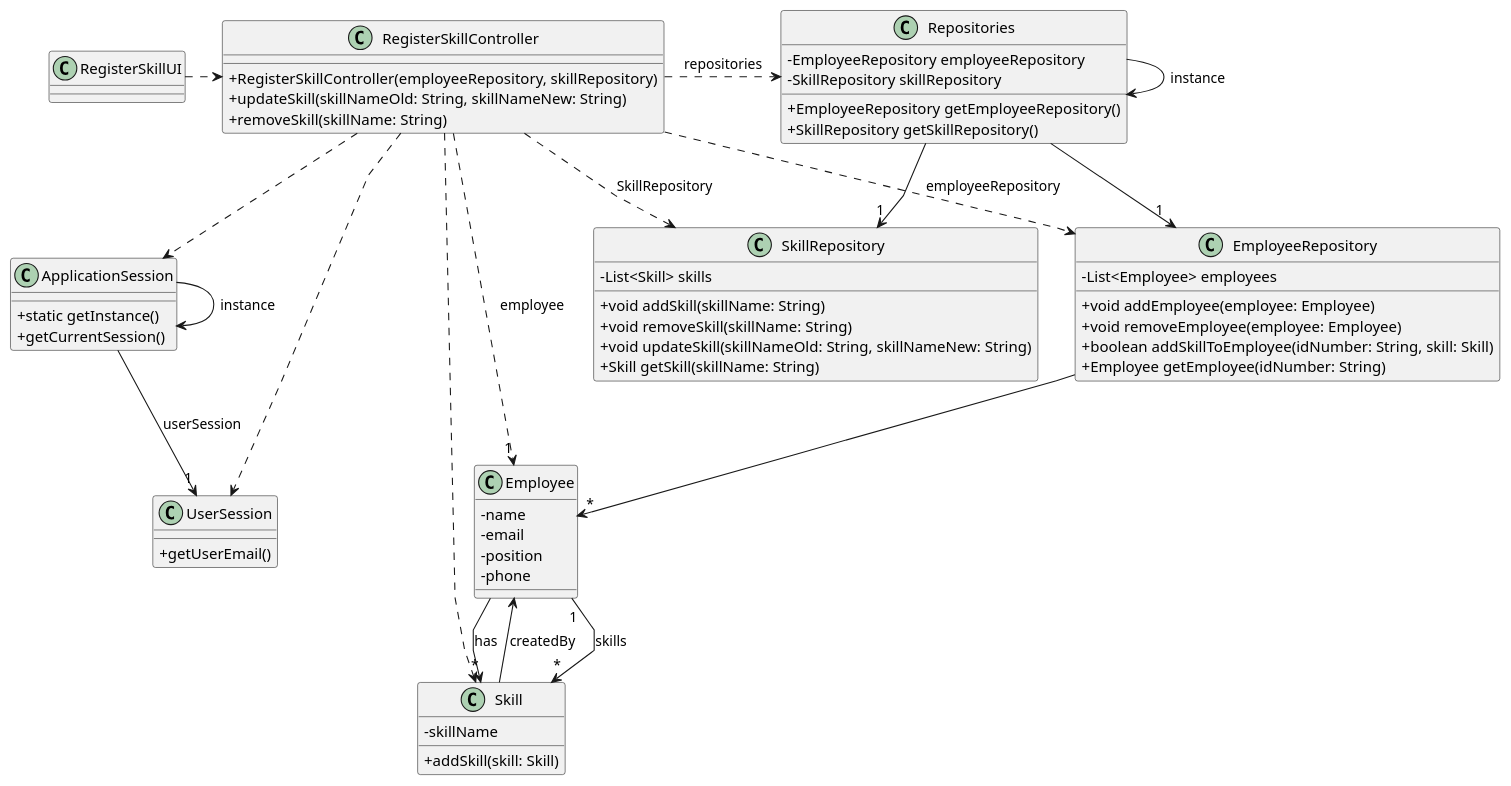
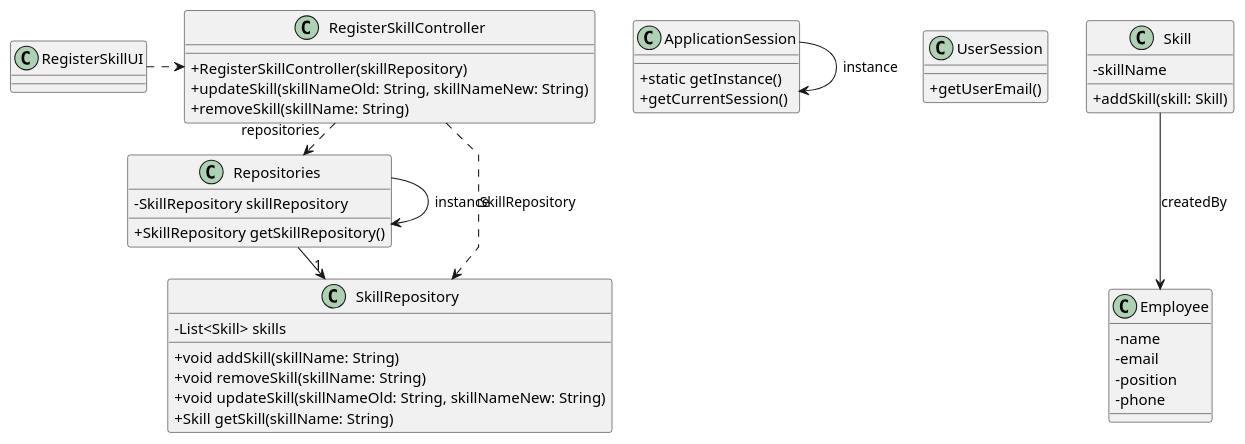
Before and after one commit to Departamento-de-Engenharia-Informatica/greenspace-management: the diagram in docs/sprintB/us001/03.design/puml/us001-class-diagram.puml, drawn with PlantUML. The commit also changed 2 other files, not shown here.

```diff
--- a/docs/sprintB/us001/03.design/puml/us001-class-diagram.puml
+++ b/docs/sprintB/us001/03.design/puml/us001-class-diagram.puml
@@ -1,103 +1,75 @@
 @startuml
 
 'skinparam monochrome true
 skinparam packageStyle rectangle
 skinparam shadowing false
 skinparam linetype polyline
 'skinparam linetype orto
 
 skinparam classAttributeIconSize 0
 
 'left to right direction
 
 class ApplicationSession
 {
     + static getInstance()
     + getCurrentSession()
 }
 
 class UserSession
 {
     + getUserEmail()
 }
 
-class Employee {
-    - name
-    - email
-    - position
-    - phone
-}
-
 class Skill {
     - skillName
 
     + addSkill(skill: Skill)
 }
 
 class SkillRepository{
     - List<Skill> skills
 
     + void addSkill(skillName: String)
     + void removeSkill(skillName: String)
     + void updateSkill(skillNameOld: String, skillNameNew: String)
     + Skill getSkill(skillName: String)
 }
 
-
-
 class RegisterSkillUI {
 }
 
 class Repositories{
-    - EmployeeRepository employeeRepository
     - SkillRepository skillRepository
 
-    + EmployeeRepository getEmployeeRepository()
     + SkillRepository getSkillRepository()
 }
 
-class EmployeeRepository{
-    - List<Employee> employees
-
-    + void addEmployee(employee: Employee)
-    + void removeEmployee(employee: Employee)
-    + boolean addSkillToEmployee(idNumber: String, skill: Skill)
-    + Employee getEmployee(idNumber: String)
-}
-
-
 class RegisterSkillController {
-    + RegisterSkillController(employeeRepository, skillRepository)
+    + RegisterSkillController(skillRepository)
     + updateSkill(skillNameOld: String, skillNameNew: String)
     + removeSkill(skillName: String)
 }
 
-
+class Employee {
+    - name
+    - email
+    - position
+    - phone
+}
 
 Repositories -> Repositories : instance
+
 ApplicationSession -> ApplicationSession : instance
 
 RegisterSkillUI .> RegisterSkillController
 
 RegisterSkillController .> Repositories : repositories
 
 Repositories -> "1" SkillRepository
 
-RegisterSkillController ..> Skill
-RegisterSkillController ..> EmployeeRepository : employeeRepository
 RegisterSkillController ..> SkillRepository : SkillRepository
 
-Repositories --> "1" EmployeeRepository
-
-EmployeeRepository --> "*" Employee
-ApplicationSession --> "1" UserSession : userSession
-
-RegisterSkillController ..> "1" Employee : employee
-RegisterSkillController ..> ApplicationSession
-RegisterSkillController ..> UserSession
-Employee "1" --> "*" Skill : skills
 Skill --> Employee : createdBy
 
-Employee --> "*" Skill : has
-
 @enduml
```
